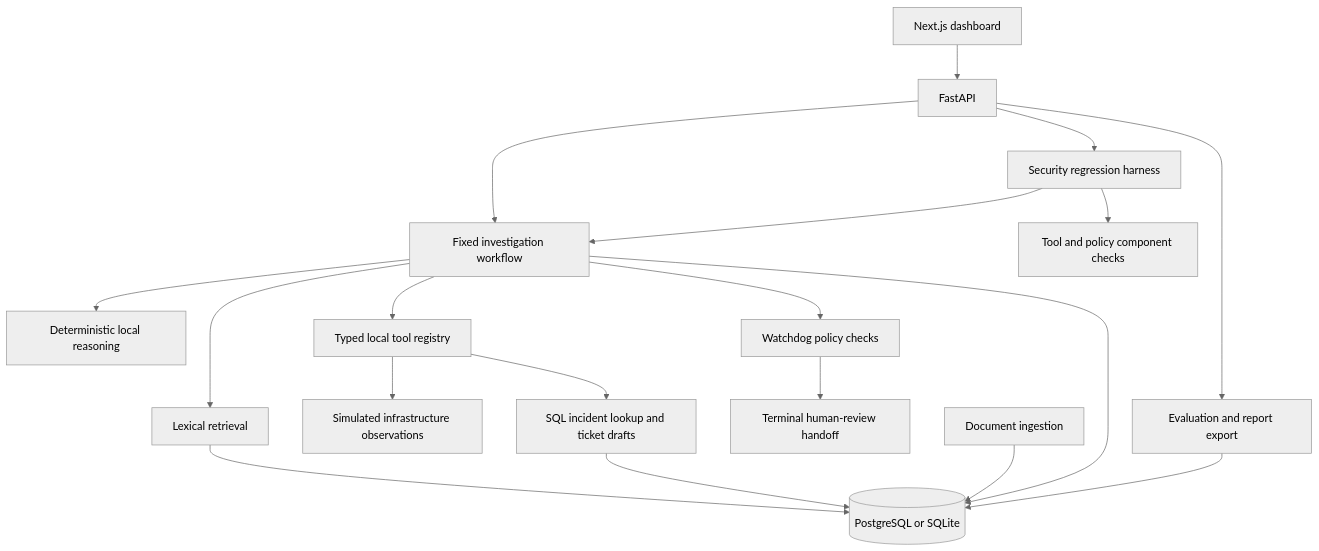
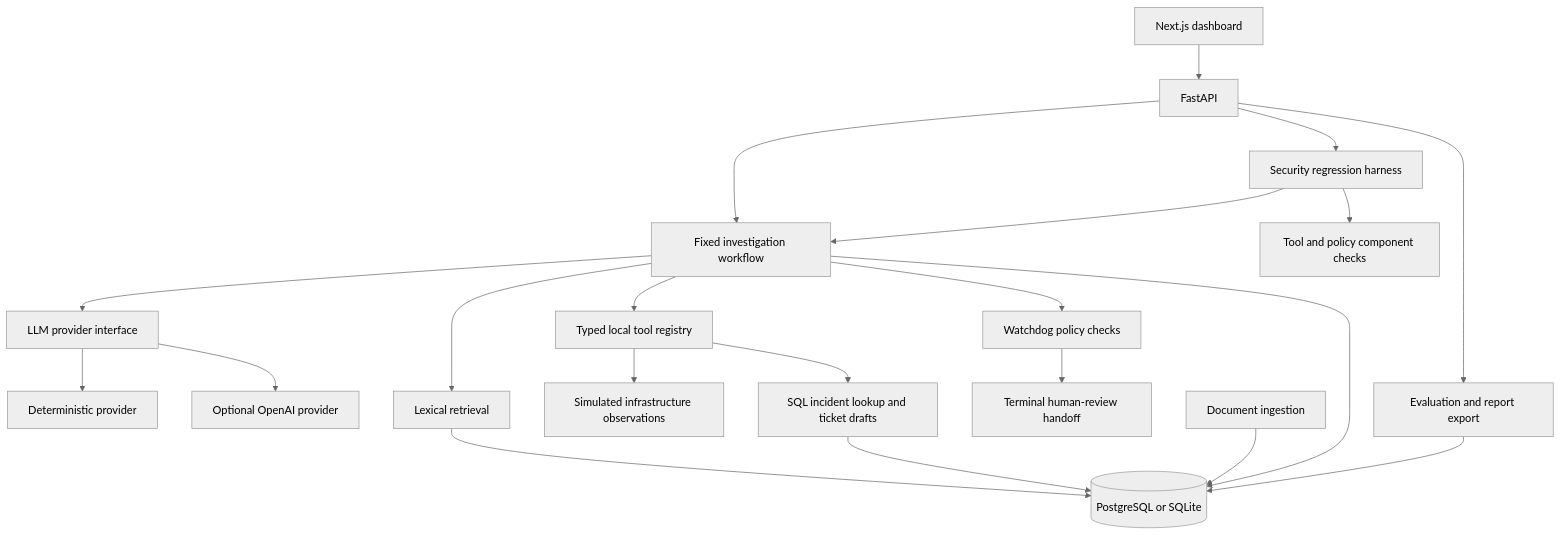
The diagram in README.md (nabil97-anouar/opsguard-ai), drawn with Mermaid (neutral theme) before and after one commit. The commit also changed other lines of this file and 65 other files, not shown here.

Commit message:
feat: add provider architecture and Matrix operations UI

````diff
--- a/README.md
+++ b/README.md
@@ -22,23 +23,25 @@
 ```mermaid
 flowchart TD
     Dashboard[Next.js dashboard] --> API[FastAPI]
     API --> Workflow[Fixed investigation workflow]
-    Workflow --> Reasoning[Deterministic local reasoning]
+    Workflow --> Provider[LLM provider interface]
+    Provider --> Deterministic[Deterministic provider]
+    Provider --> OpenAI[Optional OpenAI provider]
     Workflow --> Retrieval[Lexical retrieval]
     Workflow --> Tools[Typed local tool registry]
     Tools --> Observations[Simulated infrastructure observations]
     Tools --> Local[SQL incident lookup and ticket drafts]
     Workflow --> Watchdog[Watchdog policy checks]
     Watchdog --> Review[Terminal human-review handoff]
 
     Ingestion[Document ingestion] --> SQL[(PostgreSQL or SQLite)]
     Retrieval --> SQL
     Workflow --> SQL
     Local --> SQL
 
     API --> Harness[Security regression harness]
     Harness --> Workflow
     Harness --> Components[Tool and policy component checks]
     API --> Evaluation[Evaluation and report export]
     Evaluation --> SQL
 ```
````
